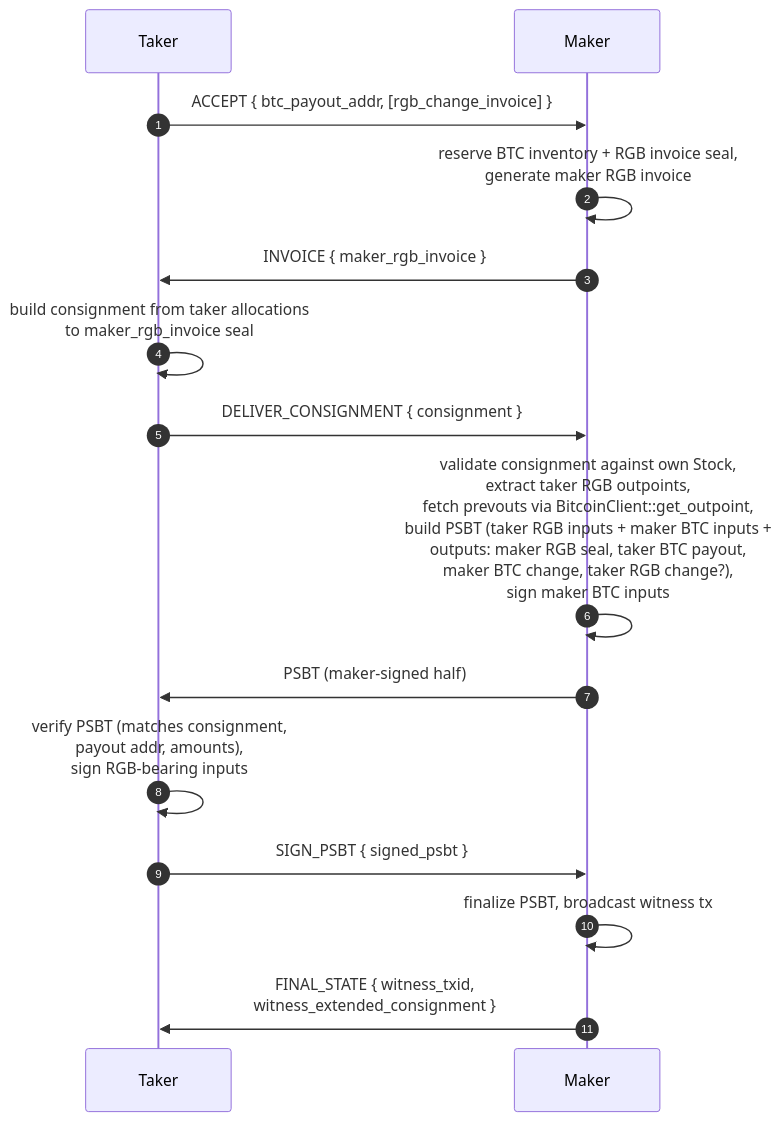
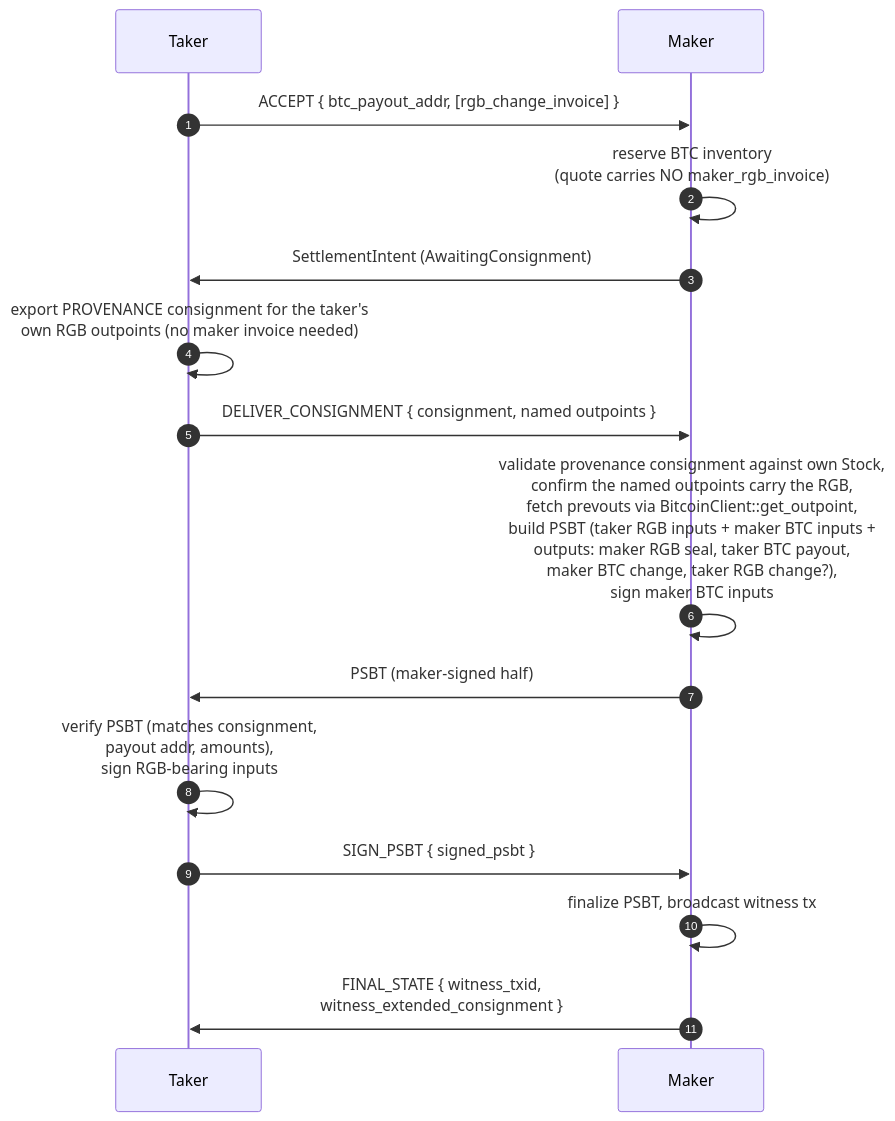
The third of 5 diagrams in docs/swap-flows.md (pxr64/rfq), drawn with Mermaid before and after one commit. The commit also changed other lines of this file and 10 other files, not shown here.

First line of the commit message:
docs: maker-from-scratch quickstart, current commands, provenance sell flow, prune stale plans

````diff
--- a/docs/swap-flows.md
+++ b/docs/swap-flows.md
@@ -54,18 +57,18 @@
 ```mermaid
 sequenceDiagram
     autonumber
     participant T as Taker
     participant M as Maker
 
     T->>M: ACCEPT { btc_payout_addr, [rgb_change_invoice] }
-    M->>M: reserve BTC inventory + RGB invoice seal,<br/>generate maker RGB invoice
-    M->>T: INVOICE { maker_rgb_invoice }
-    T->>T: build consignment from taker allocations<br/>to maker_rgb_invoice seal
-    T->>M: DELIVER_CONSIGNMENT { consignment }
-    M->>M: validate consignment against own Stock,<br/>extract taker RGB outpoints,<br/>fetch prevouts via BitcoinClient::get_outpoint,<br/>build PSBT (taker RGB inputs + maker BTC inputs +<br/>outputs: maker RGB seal, taker BTC payout,<br/>maker BTC change, taker RGB change?),<br/>sign maker BTC inputs
+    M->>M: reserve BTC inventory<br/>(quote carries NO maker_rgb_invoice)
+    M->>T: SettlementIntent (AwaitingConsignment)
+    T->>T: export PROVENANCE consignment for the taker's<br/>own RGB outpoints (no maker invoice needed)
+    T->>M: DELIVER_CONSIGNMENT { consignment, named outpoints }
+    M->>M: validate provenance consignment against own Stock,<br/>confirm the named outpoints carry the RGB,<br/>fetch prevouts via BitcoinClient::get_outpoint,<br/>build PSBT (taker RGB inputs + maker BTC inputs +<br/>outputs: maker RGB seal, taker BTC payout,<br/>maker BTC change, taker RGB change?),<br/>sign maker BTC inputs
     M->>T: PSBT (maker-signed half)
     T->>T: verify PSBT (matches consignment,<br/>payout addr, amounts),<br/>sign RGB-bearing inputs
     T->>M: SIGN_PSBT { signed_psbt }
     M->>M: finalize PSBT, broadcast witness tx
     M->>T: FINAL_STATE { witness_txid,<br/>witness_extended_consignment }
 ```
````
